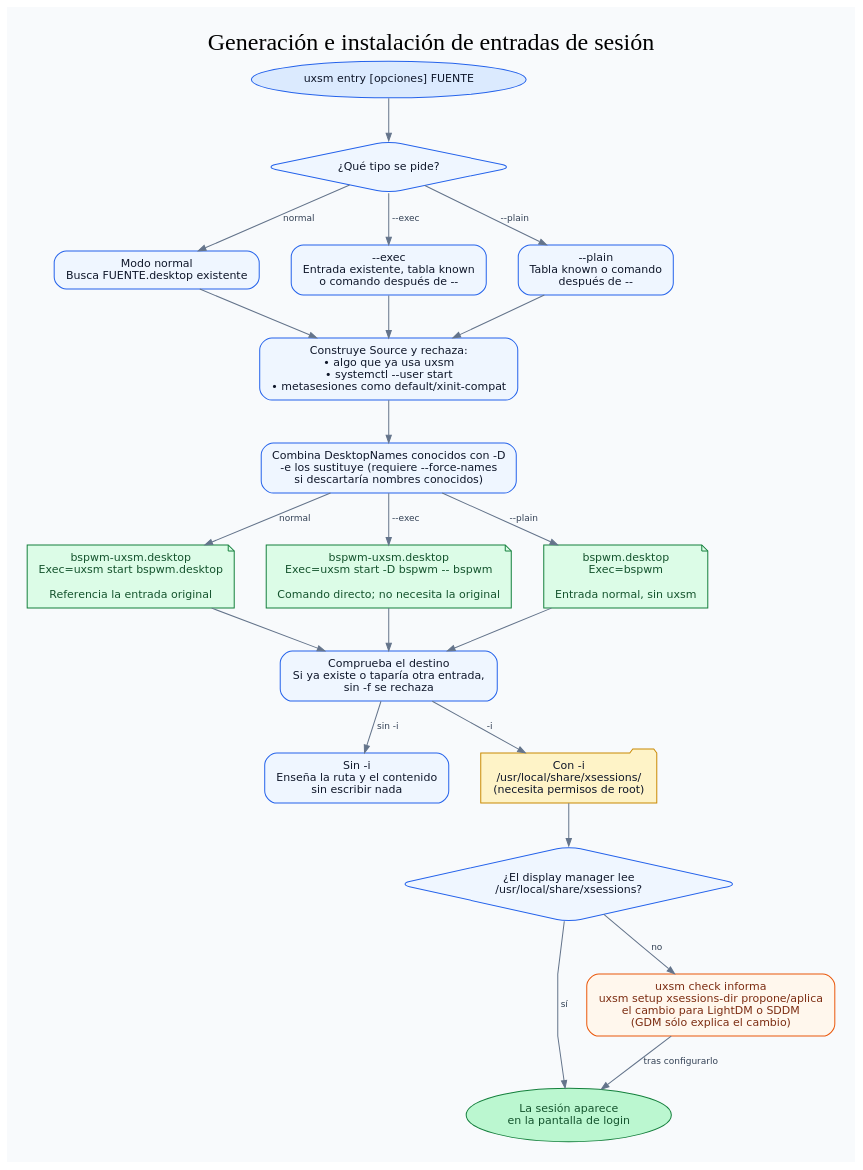
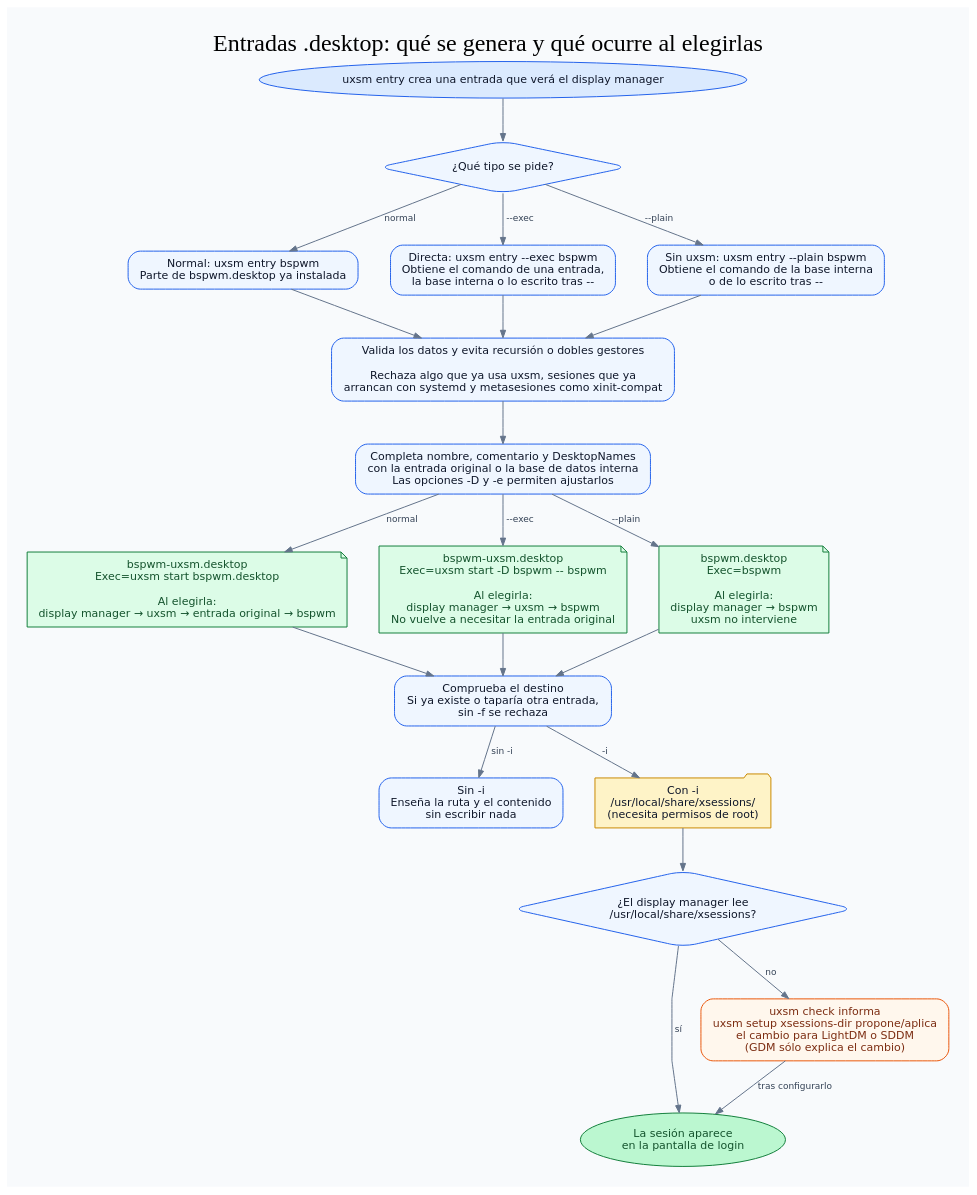
The diagram in docs/flows/session-entries.dot (heizeisaburou/uxsm), drawn with Graphviz before and after one commit. The commit also changed 10 other files, not shown here.

First line of the commit message:
Reescribe la documentación de arquitectura y sus diagramas

```diff
--- a/docs/flows/session-entries.dot
+++ b/docs/flows/session-entries.dot
@@ -1,68 +1,69 @@
 digraph session_entries {
   graph [
-    label="Generación e instalación de entradas de sesión",
+    label="Entradas .desktop: qué se genera y qué ocurre al elegirlas",
     labelloc=t,
     fontsize=24,
     fontname="DejaVu Sans Bold",
     bgcolor="#f8fafc",
     pad=0.28,
     nodesep=0.45,
     ranksep=0.58,
     splines=polyline
   ];
   node [shape=box, style="rounded,filled", fontname="DejaVu Sans", fontsize=11,
         color="#2563eb", fillcolor="#eff6ff", fontcolor="#0f172a", margin="0.15,0.10"];
   edge [fontname="DejaVu Sans", fontsize=9, color="#64748b", fontcolor="#334155", arrowsize=0.75];
 
-  cli [shape=oval, fillcolor="#dbeafe", label="uxsm entry [opciones] FUENTE"];
+  cli [shape=oval, fillcolor="#dbeafe",
+       label="uxsm entry crea una entrada que verá el display manager"];
   mode [shape=diamond, label="¿Qué tipo se pide?"];
 
-  ref [label="Modo normal\nBusca FUENTE.desktop existente"];
-  direct [label="--exec\nEntrada existente, tabla known\no comando después de --"];
-  plain [label="--plain\nTabla known o comando\ndespués de --"];
+  ref [label="Normal: uxsm entry bspwm\nParte de bspwm.desktop ya instalada"];
+  direct [label="Directa: uxsm entry --exec bspwm\nObtiene el comando de una entrada,\nla base interna o lo escrito tras --"];
+  plain [label="Sin uxsm: uxsm entry --plain bspwm\nObtiene el comando de la base interna\no de lo escrito tras --"];
 
-  validate [label="Construye Source y rechaza:\n• algo que ya usa uxsm\n• systemctl --user start\n• metasesiones como default/xinit-compat"];
-  names [label="Combina DesktopNames conocidos con -D\n-e los sustituye (requiere --force-names\nsi descartaría nombres conocidos)"];
+  validate [label="Valida los datos y evita recursión o dobles gestores\n\nRechaza algo que ya usa uxsm, sesiones que ya\narrancan con systemd y metasesiones como xinit-compat"];
+  names [label="Completa nombre, comentario y DesktopNames\ncon la entrada original o la base de datos interna\nLas opciones -D y -e permiten ajustarlos"];
 
   out_ref [shape=note, fillcolor="#dcfce7", color="#15803d", fontcolor="#14532d",
-           label="bspwm-uxsm.desktop\nExec=uxsm start bspwm.desktop\n\nReferencia la entrada original"];
+           label="bspwm-uxsm.desktop\nExec=uxsm start bspwm.desktop\n\nAl elegirla:\ndisplay manager → uxsm → entrada original → bspwm"];
   out_direct [shape=note, fillcolor="#dcfce7", color="#15803d", fontcolor="#14532d",
-              label="bspwm-uxsm.desktop\nExec=uxsm start -D bspwm -- bspwm\n\nComando directo; no necesita la original"];
+              label="bspwm-uxsm.desktop\nExec=uxsm start -D bspwm -- bspwm\n\nAl elegirla:\ndisplay manager → uxsm → bspwm\nNo vuelve a necesitar la entrada original"];
   out_plain [shape=note, fillcolor="#dcfce7", color="#15803d", fontcolor="#14532d",
-             label="bspwm.desktop\nExec=bspwm\n\nEntrada normal, sin uxsm"];
+             label="bspwm.desktop\nExec=bspwm\n\nAl elegirla:\ndisplay manager → bspwm\nuxsm no interviene"];
 
   destination [label="Comprueba el destino\nSi ya existe o taparía otra entrada,\nsin -f se rechaza"];
   preview [label="Sin -i\nEnseña la ruta y el contenido\nsin escribir nada"];
   write [shape=folder, fillcolor="#fef3c7", color="#ca8a04",
          label="Con -i\n/usr/local/share/xsessions/\n(necesita permisos de root)"];
   dm [shape=diamond, label="¿El display manager lee\n/usr/local/share/xsessions?"];
   visible [shape=oval, fillcolor="#bbf7d0", color="#15803d", fontcolor="#14532d",
            label="La sesión aparece\nen la pantalla de login"];
   tools [fillcolor="#fff7ed", color="#ea580c", fontcolor="#7c2d12",
          label="uxsm check informa\nuxsm setup xsessions-dir propone/aplica\nel cambio para LightDM o SDDM\n(GDM sólo explica el cambio)"];
 
   cli -> mode;
   mode -> ref [label=" normal "];
   mode -> direct [label=" --exec "];
   mode -> plain [label=" --plain "];
   ref -> validate;
   direct -> validate;
   plain -> validate;
   validate -> names;
   names -> out_ref [label=" normal "];
   names -> out_direct [label=" --exec "];
   names -> out_plain [label=" --plain "];
   out_ref -> destination;
   out_direct -> destination;
   out_plain -> destination;
   destination -> preview [label=" sin -i "];
   destination -> write [label=" -i "];
   write -> dm;
   dm -> visible [label=" sí "];
   dm -> tools [label=" no "];
   tools -> visible [label=" tras configurarlo "];
 
   {rank=same; ref; direct; plain}
   {rank=same; out_ref; out_direct; out_plain}
   {rank=same; preview; write}
 }
```
